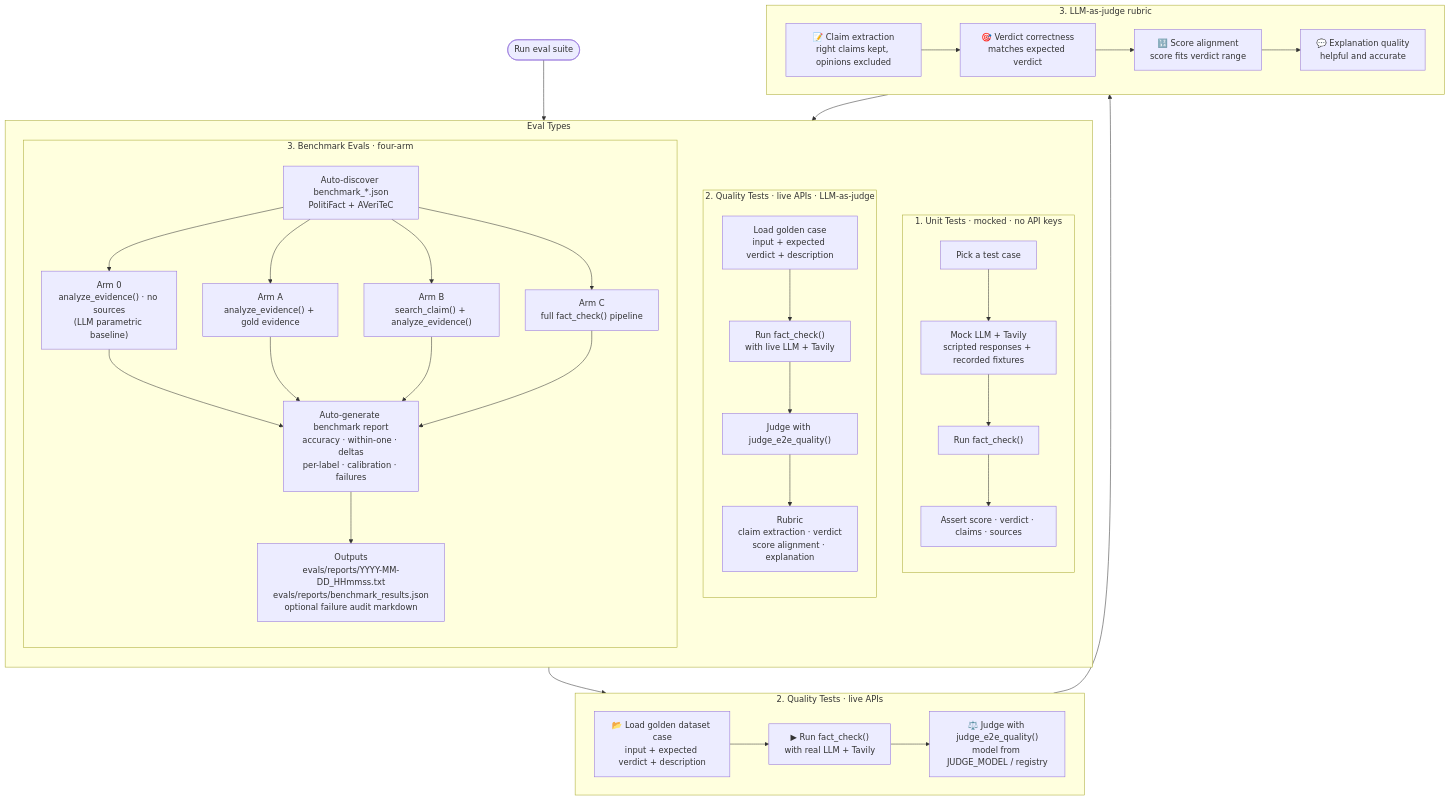
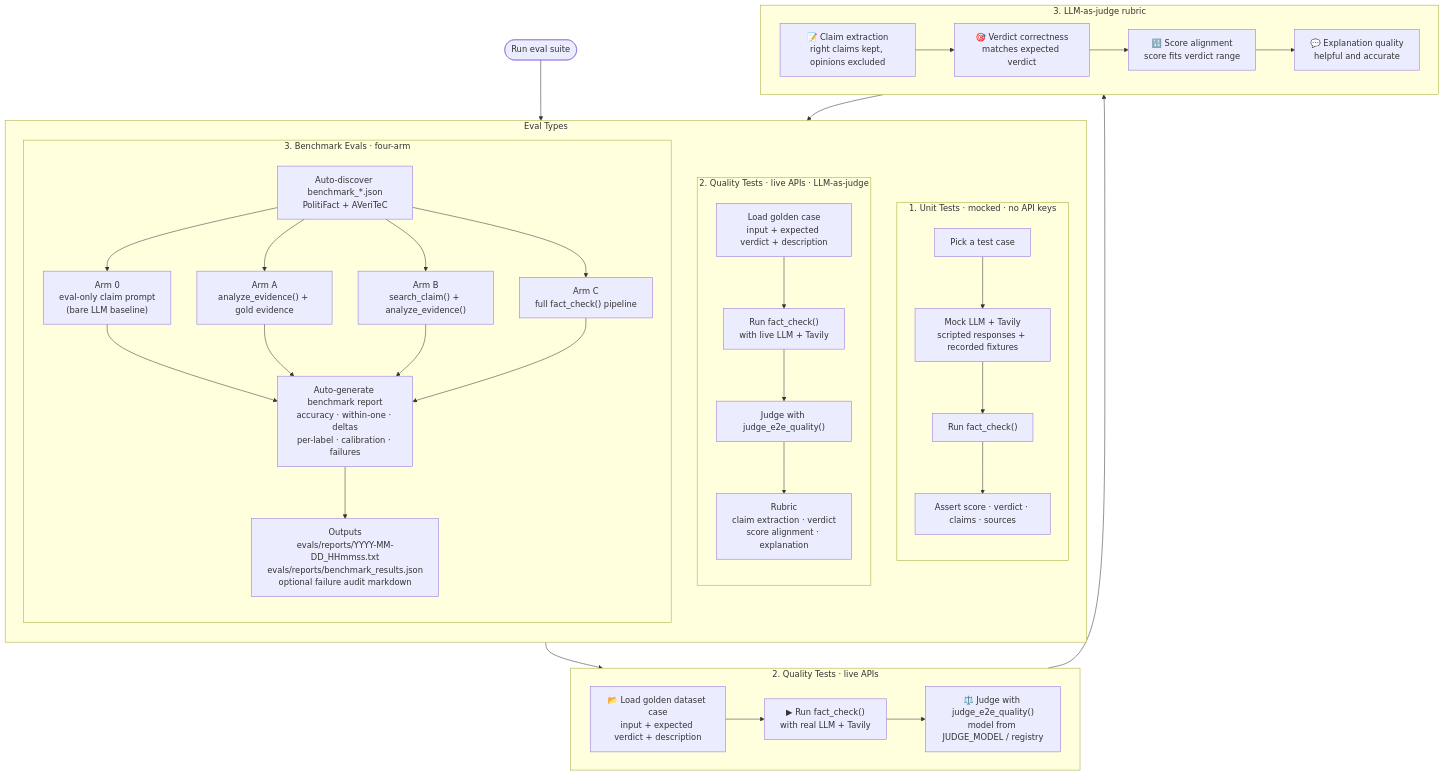
The second of 2 diagrams in README.md (adilliadil/Factify), drawn with Mermaid before and after one commit. The commit also changed other lines of this file and 10 other files, not shown here.

Commit message:
make arm 0 pure LLM

````diff
--- a/README.md
+++ b/README.md
@@ -167,67 +167,67 @@
 ```mermaid
 flowchart TB
     A([Run eval suite]) --> E
 
     subgraph E["Eval Types"]
         direction TB
 
         subgraph U["1. Unit Tests · mocked · no API keys"]
             direction TB
             U1["Pick a test case"]
             U2["Mock LLM + Tavily<br/>scripted responses + recorded fixtures"]
             U3["Run fact_check()"]
             U4["Assert score · verdict · claims · sources"]
             U1 --> U2 --> U3 --> U4
         end
 
         subgraph Q["2. Quality Tests · live APIs · LLM-as-judge"]
             direction TB
             Q1["Load golden case<br/>input + expected verdict + description"]
             Q2["Run fact_check()<br/>with live LLM + Tavily"]
             Q3["Judge with judge_e2e_quality()"]
             Q4["Rubric<br/>claim extraction · verdict<br/>score alignment · explanation"]
             Q1 --> Q2 --> Q3 --> Q4
         end
 
         subgraph B["3. Benchmark Evals · four-arm"]
             direction TB
             B0["Auto-discover benchmark_*.json<br/>PolitiFact + AVeriTeC"]
-            Bb["Arm 0<br/>analyze_evidence() · no sources<br/>(LLM parametric baseline)"]
+            Bb["Arm 0<br/>eval-only claim prompt<br/>(bare LLM baseline)"]
             B1["Arm A<br/>analyze_evidence() + gold evidence"]
             B2["Arm B<br/>search_claim() + analyze_evidence()"]
             B3["Arm C<br/>full fact_check() pipeline"]
             B4["Auto-generate benchmark report<br/>accuracy · within-one · deltas<br/>per-label · calibration · failures"]
             B5["Outputs<br/>evals/reports/YYYY-MM-DD_HHmmss.txt<br/>evals/reports/benchmark_results.json<br/>optional failure audit markdown"]
             B0 --> Bb
             B0 --> B1
             B0 --> B2
             B0 --> B3
             Bb --> B4
             B1 --> B4
             B2 --> B4
             B3 --> B4
             B4 --> B5
         end
     end
 
     B --> C
 
     subgraph C["2. Quality Tests  ·  live APIs"]
         C1["📂 Load golden dataset case<br/>input + expected verdict + description"]
         C2["▶ Run fact_check()<br/>with real LLM + Tavily"]
         C3["⚖️ Judge with judge_e2e_quality()<br/>model from JUDGE_MODEL / registry"]
         C1 --> C2 --> C3
     end
 
     C --> D
 
     subgraph D["3. LLM-as-judge rubric"]
         D1["📝 Claim extraction<br/>right claims kept, opinions excluded"]
         D2["🎯 Verdict correctness<br/>matches expected verdict"]
         D3["🔢 Score alignment<br/>score fits verdict range"]
         D4["💬 Explanation quality<br/>helpful and accurate"]
         D1 --> D2 --> D3 --> D4
     end
 
     D --> E{Pass?}
 ```
````
